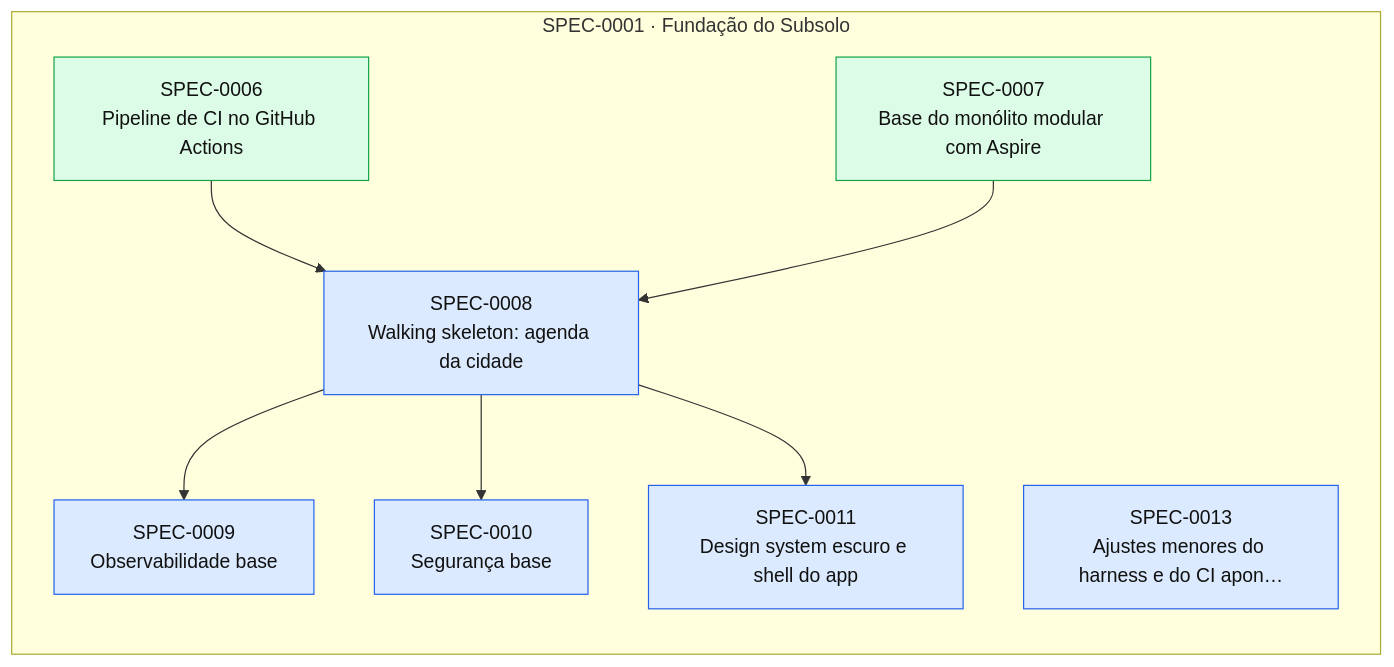
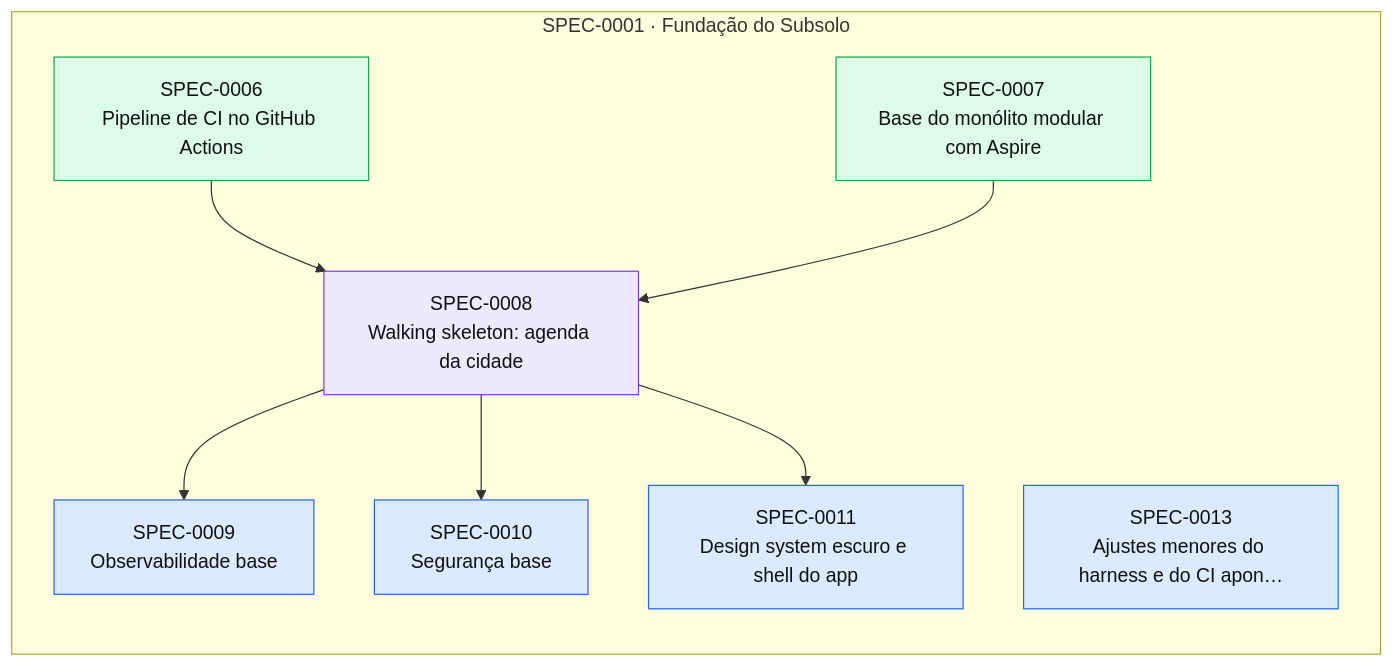
One commit to thomasravache/subsolo changed the diagram in docs/specs/INDEX.md. Above: the diagram before and after it, drawn with Mermaid. The commit also changed other lines of this file and 1 other file, not shown here.

First line of the commit message:
docs(sdd): start wave 4 and widen SPEC-0008 scope for full-stack E2E

````diff
--- a/docs/specs/INDEX.md
+++ b/docs/specs/INDEX.md
@@ -65,22 +65,22 @@
 ```mermaid
 flowchart LR
   subgraph E0001["SPEC-0001 · Fundação do Subsolo"]
     S0006["SPEC-0006<br/>Pipeline de CI no GitHub Actions"]:::implemented
     S0007["SPEC-0007<br/>Base do monólito modular com Aspire"]:::implemented
-    S0008["SPEC-0008<br/>Walking skeleton: agenda da cidade"]:::approved
+    S0008["SPEC-0008<br/>Walking skeleton: agenda da cidade"]:::inprogress
     S0009["SPEC-0009<br/>Observabilidade base"]:::approved
     S0010["SPEC-0010<br/>Segurança base"]:::approved
     S0011["SPEC-0011<br/>Design system escuro e shell do app"]:::approved
     S0013["SPEC-0013<br/>Ajustes menores do harness e do CI apon…"]:::approved
   end
   S0006 --> S0008
   S0007 --> S0008
   S0008 --> S0009
   S0008 --> S0010
   S0008 --> S0011
   classDef proposed fill:#fef3c7,stroke:#d97706,color:#111
   classDef approved fill:#dbeafe,stroke:#2563eb,color:#111
   classDef inprogress fill:#ede9fe,stroke:#7c3aed,color:#111
   classDef implemented fill:#dcfce7,stroke:#16a34a,color:#111
   classDef deprecated fill:#f3f4f6,stroke:#9ca3af,color:#6b7280
 ```
````
